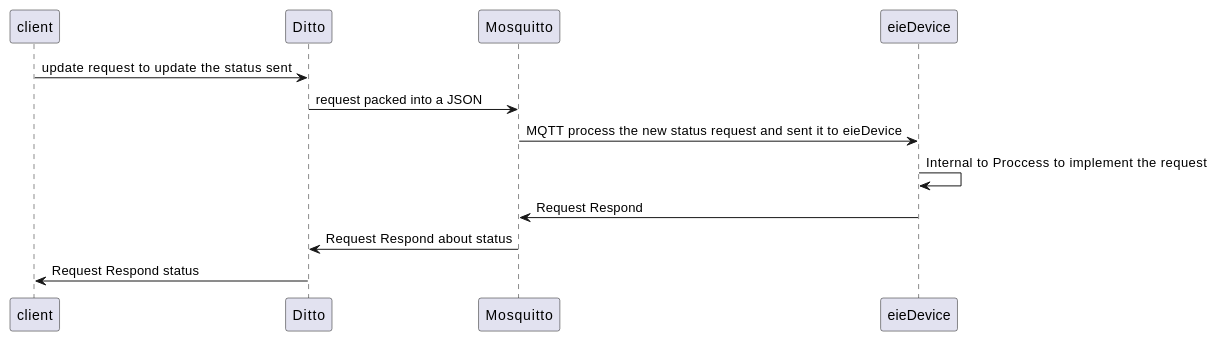
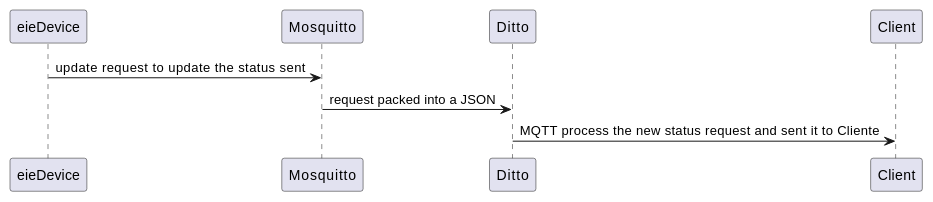
One commit to oscarfc164/ie0417-dev changed the second of 3 diagrams in docs/source/labs/proyecto/avance_1/proyecto.rst. Above: the diagram before and after it, drawn with PlantUML. The commit also changed other lines of this file, not shown here.

Commit message:
Changes in UML diagrams

```diff
--- a/docs/source/labs/proyecto/avance_1/proyecto.rst
+++ b/docs/source/labs/proyecto/avance_1/proyecto.rst
@@ -127,11 +127,8 @@
 .. uml::
 
   @startuml
-  client->Ditto: update request to update the status sent
-  Ditto-> Mosquitto: request packed into a JSON
-  Mosquitto-> eieDevice: MQTT process the new status request and sent it to eieDevice
-  eieDevice->eieDevice: Internal to Proccess to implement the request
-  eieDevice-> Mosquitto: Request Respond
-  Mosquitto->Ditto: Request Respond about status
-  Ditto->client: Request Respond status
+  eieDevice->Mosquitto: update request to update the status sent
+  Mosquitto-> Ditto: request packed into a JSON
+  Ditto-> Client: MQTT process the new status request and sent it to Cliente
+  
   @enduml
```
